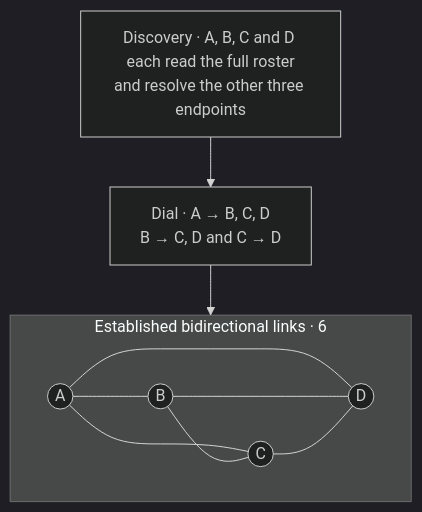
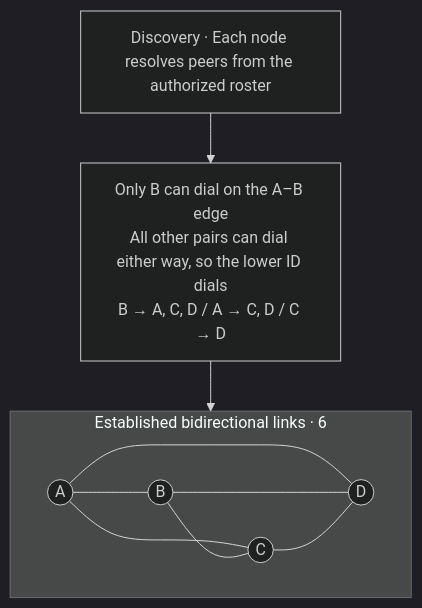
One commit to arcships/rutis-network changed the sixth of 9 diagrams in docs/research/network-groups.en.md. Above: the diagram before and after it, drawn with Mermaid (dark theme). The commit also changed other lines of this file and 1 other file, not shown here.

Commit message:
docs(research): clarify mesh dial ownership and neighbor limits

````diff
--- a/docs/research/network-groups.en.md
+++ b/docs/research/network-groups.en.md
@@ -172,14 +174,14 @@
 ```mermaid
 flowchart TB
-    source["Discovery · A, B, C and D each read the full roster<br/>and resolve the other three endpoints"] --> dial["Dial · A → B, C, D<br/>B → C, D and C → D"]
+    source["Discovery · Each node resolves peers from the authorized roster"] --> dial["Only B can dial on the A–B edge<br/>All other pairs can dial either way, so the lower ID dials<br/>B → A, C, D / A → C, D / C → D"]
     dial --> links
     subgraph links["Established bidirectional links · 6"]
         direction LR
         A((A)) --- B((B))
         A --- C((C))
         A --- D((D))
         B --- C
         B --- D
         C --- D
     end
 ```
````
